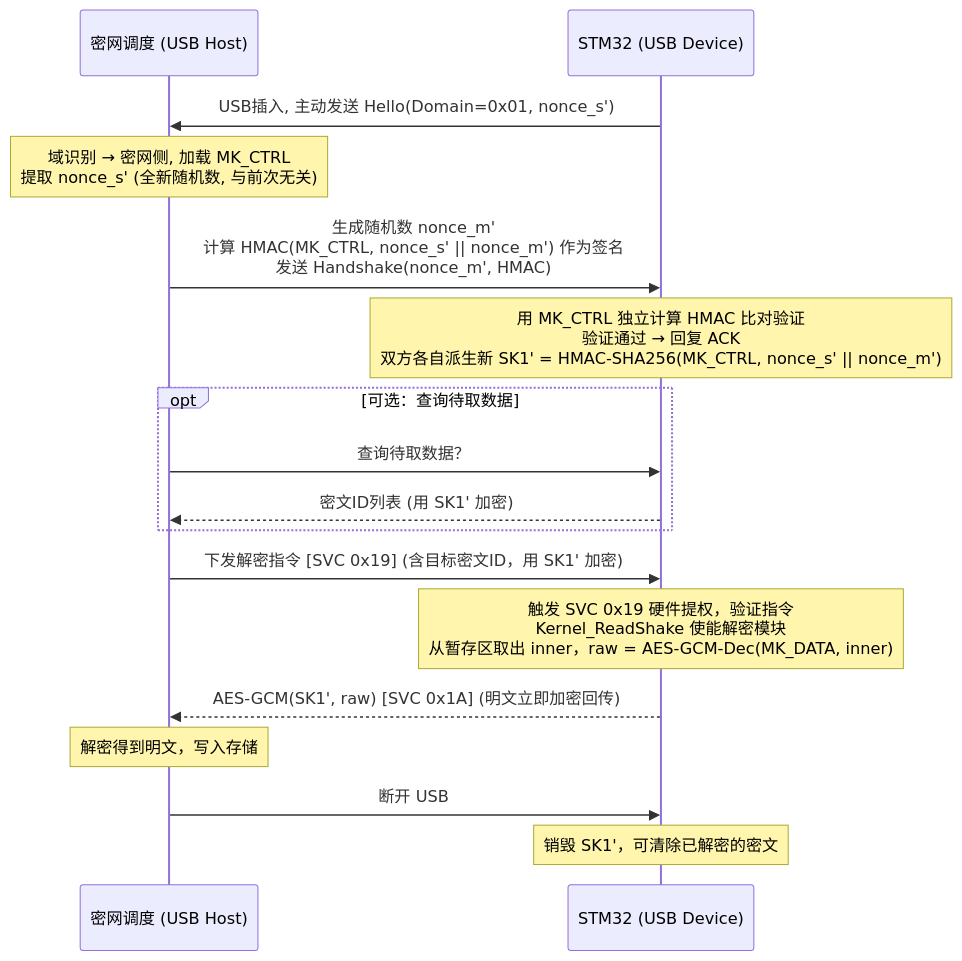
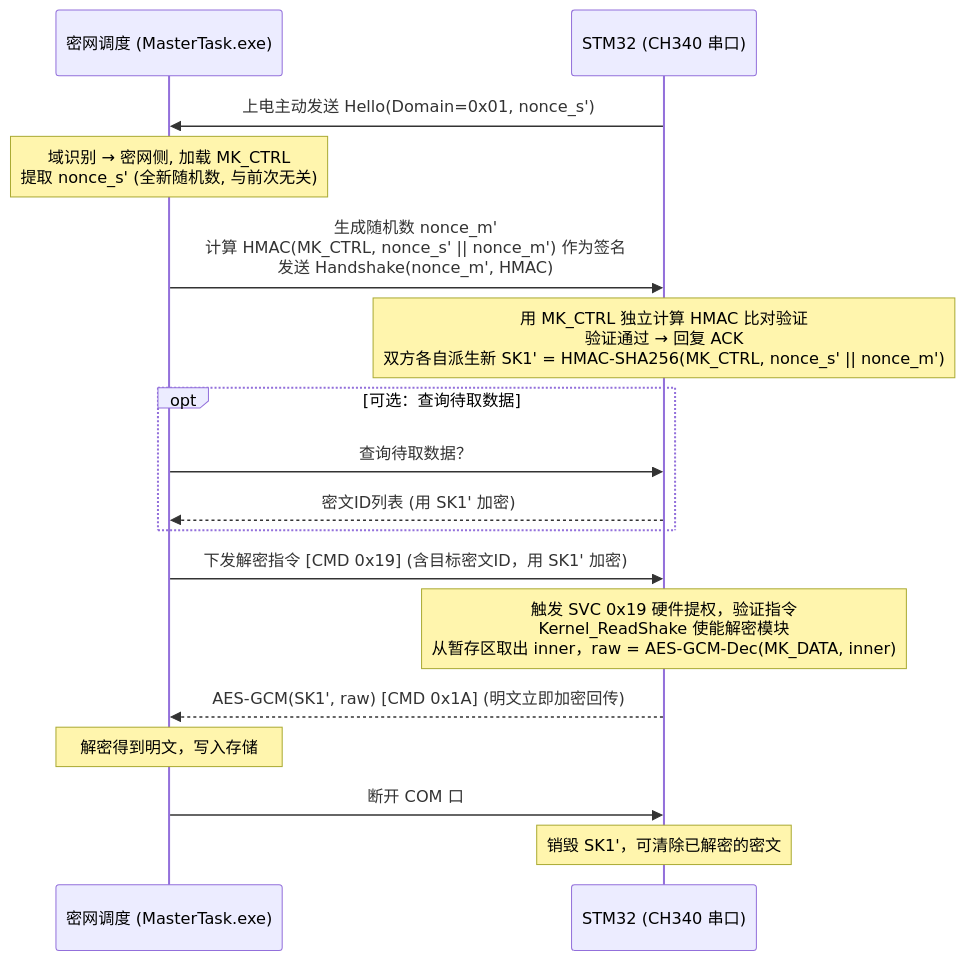
Before and after one commit to zsj8844/uuOS: the fourth of 4 diagrams in 文档管理/设计文档3.md, drawn with Mermaid. The commit also changed other lines of this file and 109 other files, not shown here.

````diff
--- a/文档管理/设计文档3.md
+++ b/文档管理/设计文档3.md
@@ -280,24 +315,24 @@
 ```mermaid
 sequenceDiagram
-    participant 调度 as 密网调度 (USB Host)
-    participant STM32 as STM32 (USB Device)
+    participant 调度 as 密网调度 (MasterTask.exe)
+    participant STM32 as STM32 (CH340 串口)
 
-    STM32->>调度: USB插入, 主动发送 Hello(Domain=0x01, nonce_s')
+    STM32->>调度: 上电主动发送 Hello(Domain=0x01, nonce_s')
     Note over 调度: 域识别 → 密网侧, 加载 MK_CTRL<br/>提取 nonce_s' (全新随机数, 与前次无关)
 
     调度->>STM32: 生成随机数 nonce_m'<br/>计算 HMAC(MK_CTRL, nonce_s' || nonce_m') 作为签名<br/>发送 Handshake(nonce_m', HMAC)
     Note over STM32: 用 MK_CTRL 独立计算 HMAC 比对验证<br/>验证通过 → 回复 ACK<br/>双方各自派生新 SK1' = HMAC-SHA256(MK_CTRL, nonce_s' || nonce_m')
 
     opt 可选：查询待取数据
         调度->>STM32: 查询待取数据？
         STM32-->>调度: 密文ID列表 (用 SK1' 加密)
     end
 
-    调度->>STM32: 下发解密指令 [SVC 0x19] (含目标密文ID，用 SK1' 加密)
+    调度->>STM32: 下发解密指令 [CMD 0x19] (含目标密文ID，用 SK1' 加密)
     Note over STM32: 触发 SVC 0x19 硬件提权，验证指令<br/>Kernel_ReadShake 使能解密模块<br/>从暂存区取出 inner，raw = AES-GCM-Dec(MK_DATA, inner)
-    STM32-->>调度: AES-GCM(SK1', raw) [SVC 0x1A] (明文立即加密回传)
+    STM32-->>调度: AES-GCM(SK1', raw) [CMD 0x1A] (明文立即加密回传)
     Note over 调度: 解密得到明文，写入存储
 
-    调度->>STM32: 断开 USB
+    调度->>STM32: 断开 COM 口
     Note over STM32: 销毁 SK1'，可清除已解密的密文
 ```
````
